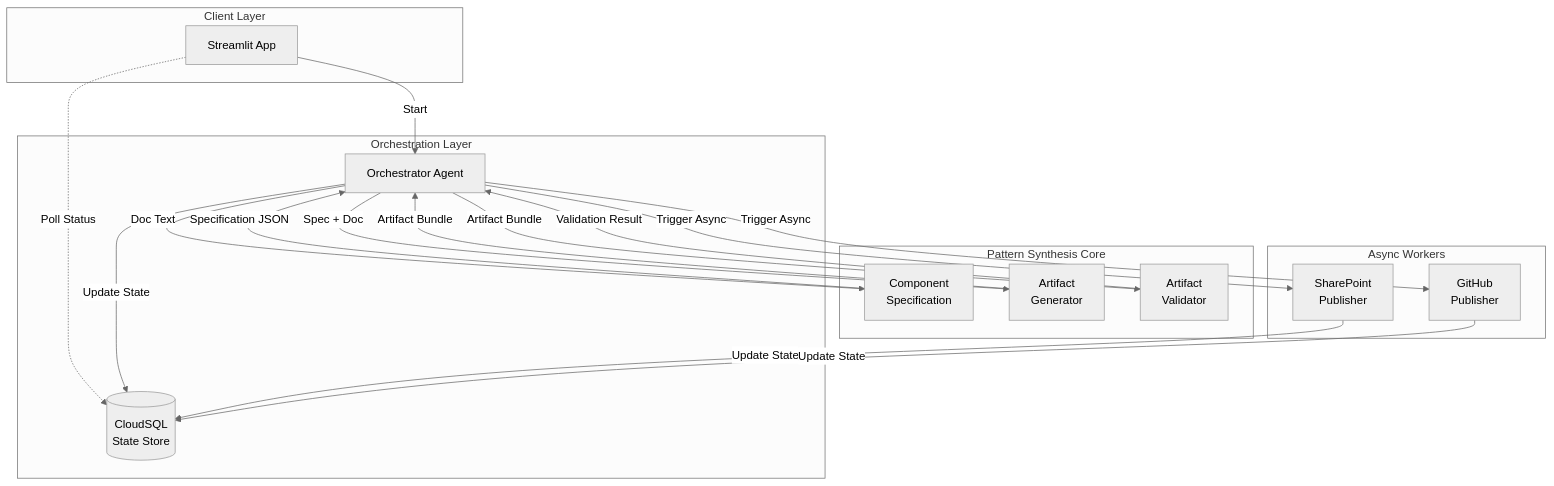
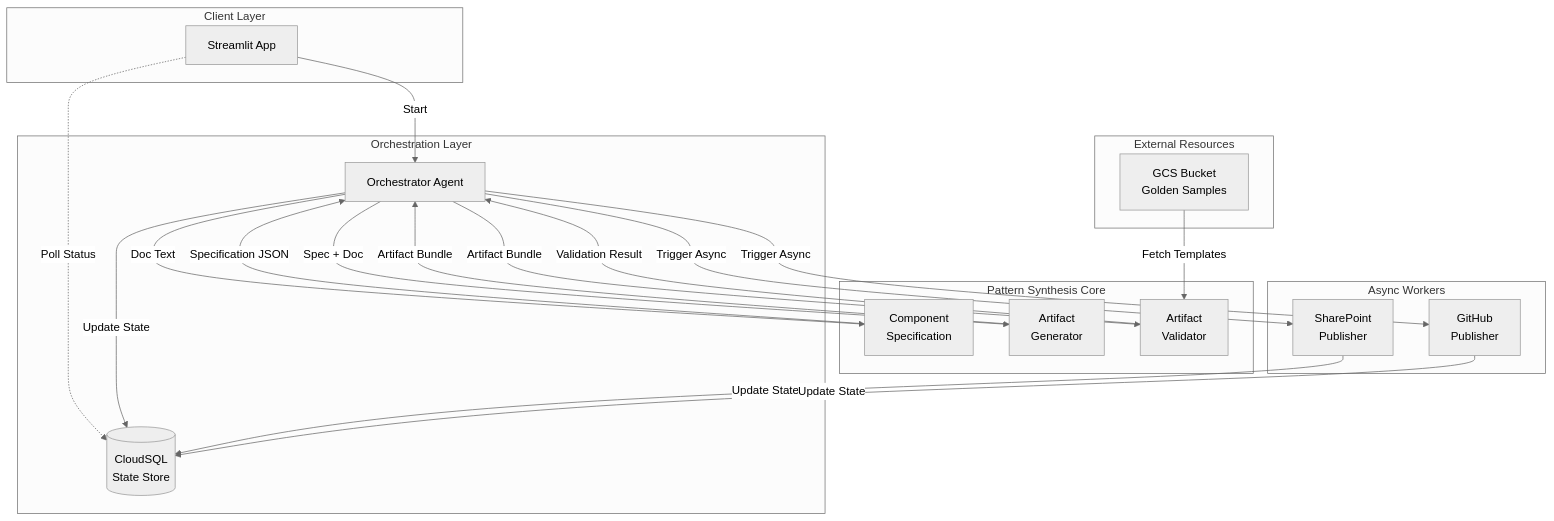
Before and after one commit to rnerurkar/engen: the fourth of 5 diagrams in DESIGN_DOCUMENT.md, drawn with Mermaid (neutral theme). The commit also changed other lines of this file and 4 other files, not shown here.

````diff
--- a/DESIGN_DOCUMENT.md
+++ b/DESIGN_DOCUMENT.md
@@ -400,42 +400,48 @@
 ```mermaid
 graph TD
     subgraph "Client Layer"
         UI[Streamlit App]
     end
 
     subgraph "Orchestration Layer"
         Orch[Orchestrator Agent]
         DB[(CloudSQL<br/>State Store)]
     end
 
     subgraph "Pattern Synthesis Core"
         CompSpec["Component<br/>Specification"]
         ArtGen["Artifact<br/>Generator"]
         ArtVal["Artifact<br/>Validator"]
     end
 
     subgraph "Async Workers"
         PubDocs[SharePoint<br/>Publisher]
         PubCode[GitHub<br/>Publisher]
     end
 
+    subgraph "External Resources"
+        GCS[GCS Bucket<br/>Golden Samples]
+    end
+
     %% Data Flow
     UI -->|Start| Orch
     UI -.->|Poll Status| DB
 
     Orch -->|Update State| DB
     Orch -->|Trigger Async| PubDocs
     Orch -->|Trigger Async| PubCode
 
     PubDocs -->|Update State| DB
     PubCode -->|Update State| DB
+    
+    GCS -->|Fetch Templates| ArtVal
 
     Orch -->|Doc Text| CompSpec
     CompSpec -->|Specification JSON| Orch
 
     Orch -->|Spec + Doc| ArtGen
     ArtGen -->|Artifact Bundle| Orch
 
     Orch -->|Artifact Bundle| ArtVal
     ArtVal -->|Validation Result| Orch
 ```
````
